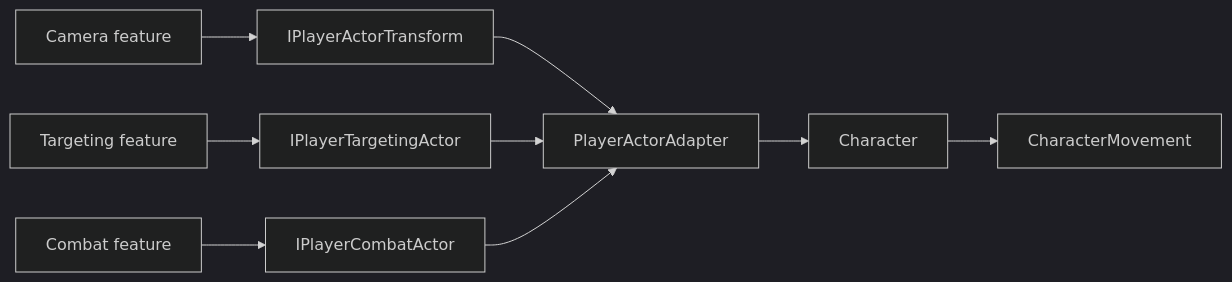
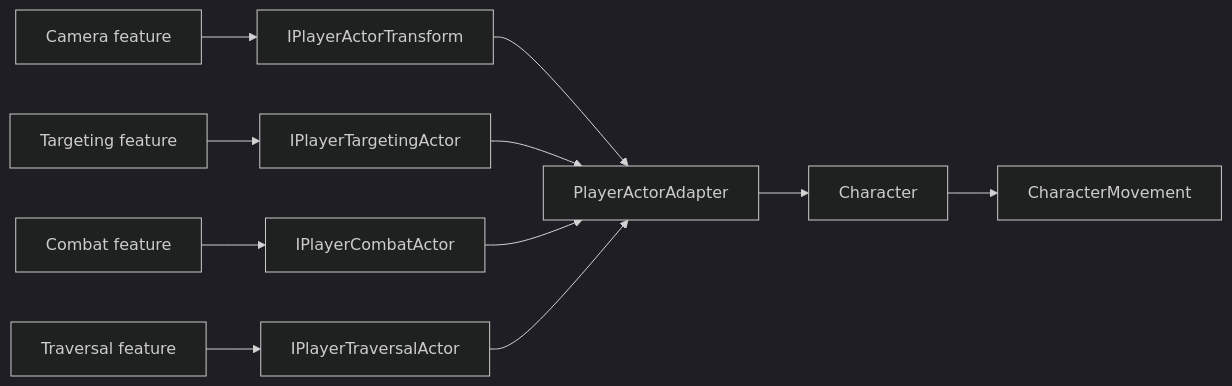
One commit to MaximFonariuc/project-s changed the second of 2 diagrams in Docs/Architecture/Player.ActorBoundary.md. Above: the diagram before and after it, drawn with Mermaid (dark theme). The commit also changed other lines of this file and 26 other files, not shown here.

````diff
--- a/Docs/Architecture/Player.ActorBoundary.md
+++ b/Docs/Architecture/Player.ActorBoundary.md
@@ -66,11 +74,13 @@
 ```mermaid
 flowchart LR
     Camera["Camera feature"] --> TransformPort["IPlayerActorTransform"]
     Targeting["Targeting feature"] --> TargetingPort["IPlayerTargetingActor"]
     Combat["Combat feature"] --> CombatPort["IPlayerCombatActor"]
+    Traversal["Traversal feature"] --> TraversalPort["IPlayerTraversalActor"]
     TransformPort --> Adapter["PlayerActorAdapter"]
     TargetingPort --> Adapter
     CombatPort --> Adapter
+    TraversalPort --> Adapter
     Adapter --> Legacy["Character"]
     Legacy --> Movement["CharacterMovement"]
 ```
````
